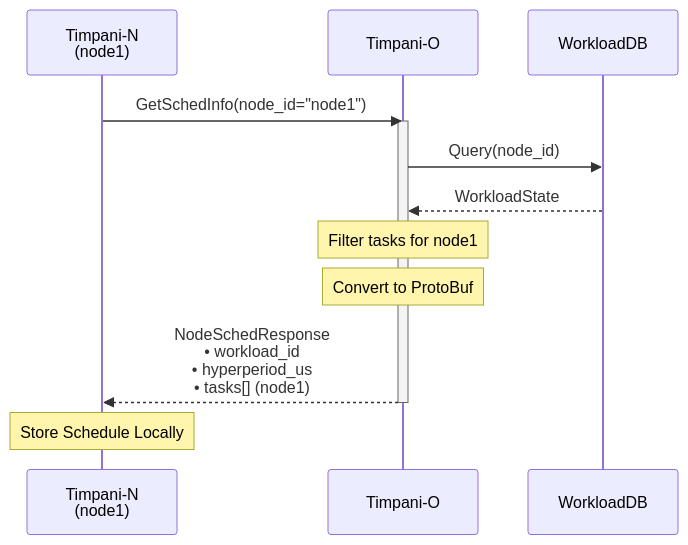
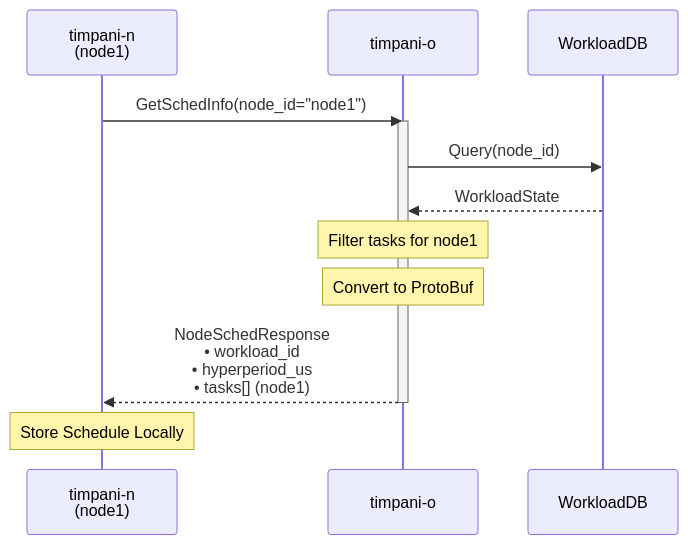
One commit to akshaylg0314/timpani-akshay changed the sixth of 9 diagrams in doc/architecture/grpc_architecture.md. Above: the diagram before and after it, drawn with Mermaid. The commit also changed other lines of this file and 4 other files, not shown here.

Commit message:
docs: update documentation to standardize phases to steps in development and migration roadmaps

````diff
--- a/doc/architecture/grpc_architecture.md
+++ b/doc/architecture/grpc_architecture.md
@@ -300,20 +296,20 @@
 ```mermaid
 sequenceDiagram
-    participant TimpaniN as Timpani-N<br/>(node1)
-    participant TimpaniO as Timpani-O
+    participant TimpaniN as timpani-n<br/>(node1)
+    participant TimpaniO as timpani-o
     participant WorkloadDB
 
     TimpaniN->>TimpaniO: GetSchedInfo(node_id="node1")
     activate TimpaniO
 
     TimpaniO->>WorkloadDB: Query(node_id)
     WorkloadDB-->>TimpaniO: WorkloadState
 
     Note over TimpaniO: Filter tasks for node1
     Note over TimpaniO: Convert to ProtoBuf
 
     TimpaniO-->>TimpaniN: NodeSchedResponse<br/>• workload_id<br/>• hyperperiod_us<br/>• tasks[] (node1)
     deactivate TimpaniO
 
     Note over TimpaniN: Store Schedule Locally
 ```
````
